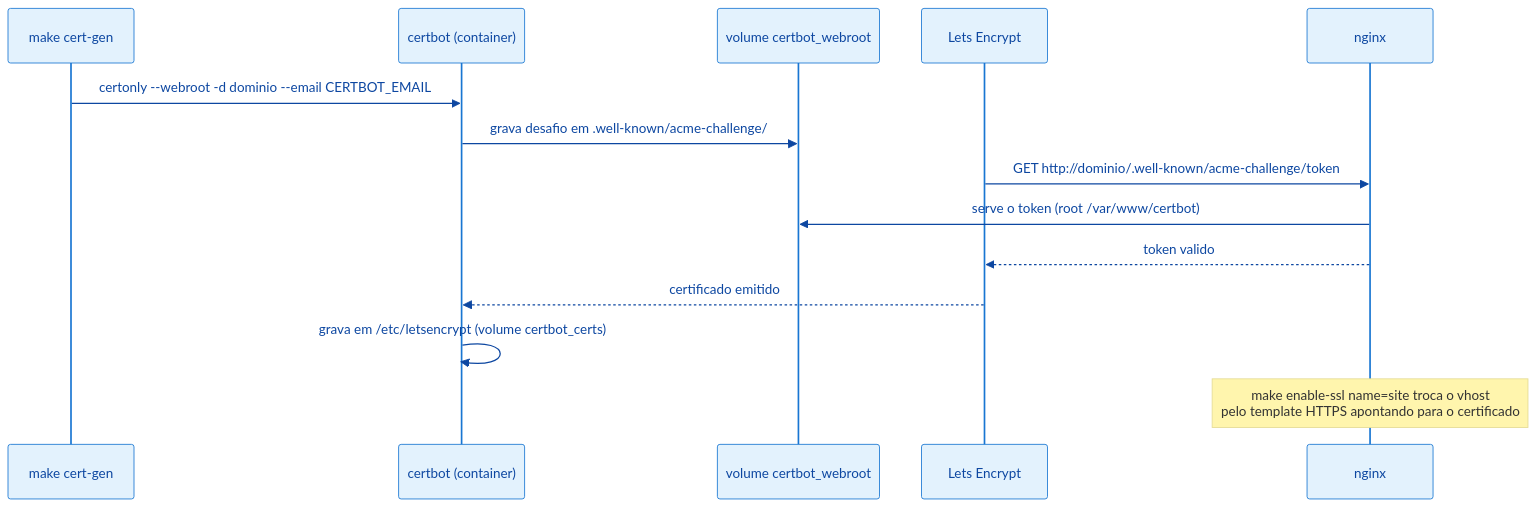
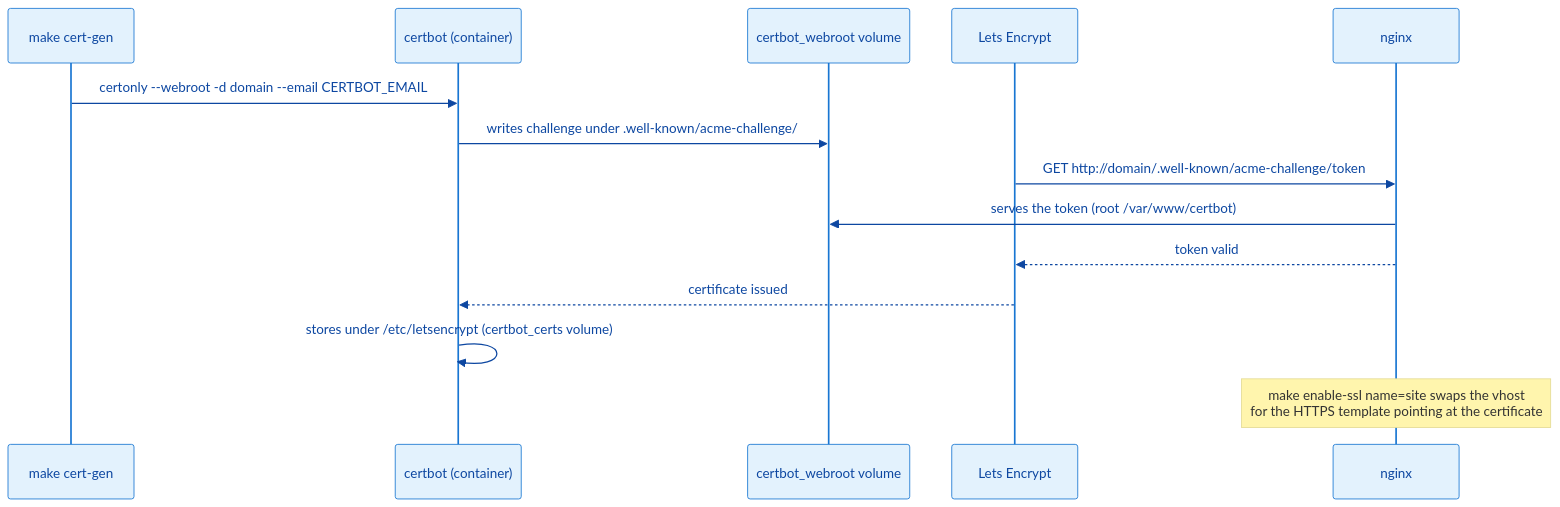
The second of 2 diagrams in docs/nginx-ssl.md (giacomeli/makephp), drawn with Mermaid before and after one commit. The commit also changed other lines of this file and 43 other files, not shown here.

````diff
--- a/docs/nginx-ssl.md
+++ b/docs/nginx-ssl.md
@@ -97,21 +97,21 @@
 ```mermaid
 %%{init: {'theme':'base','themeVariables':{'primaryColor':'#E3F2FD','primaryTextColor':'#0D47A1','primaryBorderColor':'#1976D2','lineColor':'#546E7A'}}}%%
 sequenceDiagram
-    accTitle: Emissao de certificado Lets Encrypt via webroot
-    accDescr: O make cert-gen roda o container certbot, que grava o desafio ACME no volume compartilhado; o Lets Encrypt valida o desafio atraves do nginx e o certificado fica disponivel no volume certbot_certs, lido pelo nginx apos o enable-ssl.
+    accTitle: Lets Encrypt certificate issuance via webroot
+    accDescr: make cert-gen runs the certbot container, which writes the ACME challenge to the shared volume; Lets Encrypt validates the challenge through nginx and the certificate lands in the certbot_certs volume, read by nginx after enable-ssl.
 
     participant M as make cert-gen
     participant C as certbot (container)
-    participant W as volume certbot_webroot
+    participant W as certbot_webroot volume
     participant L as Lets Encrypt
     participant N as nginx
 
-    M->>C: certonly --webroot -d dominio --email CERTBOT_EMAIL
-    C->>W: grava desafio em .well-known/acme-challenge/
-    L->>N: GET http://dominio/.well-known/acme-challenge/token
-    N->>W: serve o token (root /var/www/certbot)
-    N-->>L: token valido
-    L-->>C: certificado emitido
-    C->>C: grava em /etc/letsencrypt (volume certbot_certs)
-    Note over N: make enable-ssl name=site troca o vhost<br>pelo template HTTPS apontando para o certificado
+    M->>C: certonly --webroot -d domain --email CERTBOT_EMAIL
+    C->>W: writes challenge under .well-known/acme-challenge/
+    L->>N: GET http://domain/.well-known/acme-challenge/token
+    N->>W: serves the token (root /var/www/certbot)
+    N-->>L: token valid
+    L-->>C: certificate issued
+    C->>C: stores under /etc/letsencrypt (certbot_certs volume)
+    Note over N: make enable-ssl name=site swaps the vhost<br>for the HTTPS template pointing at the certificate
 ```
````
